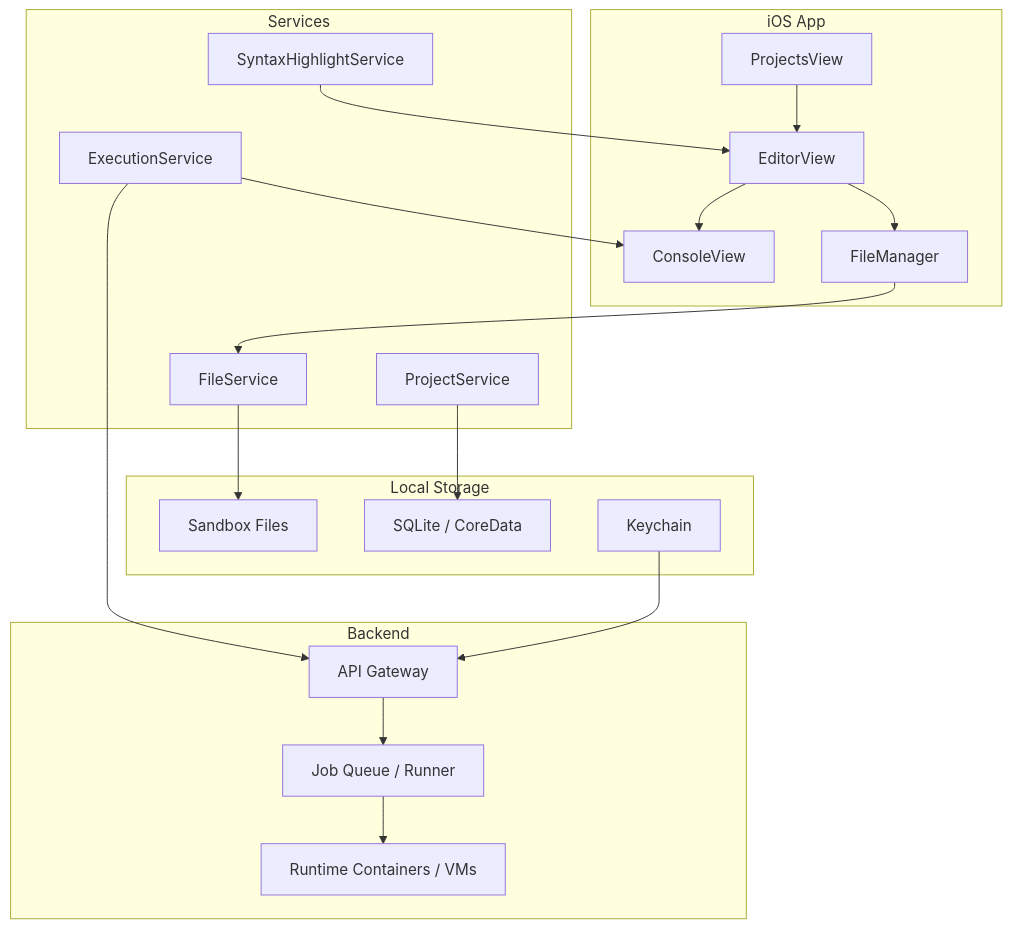
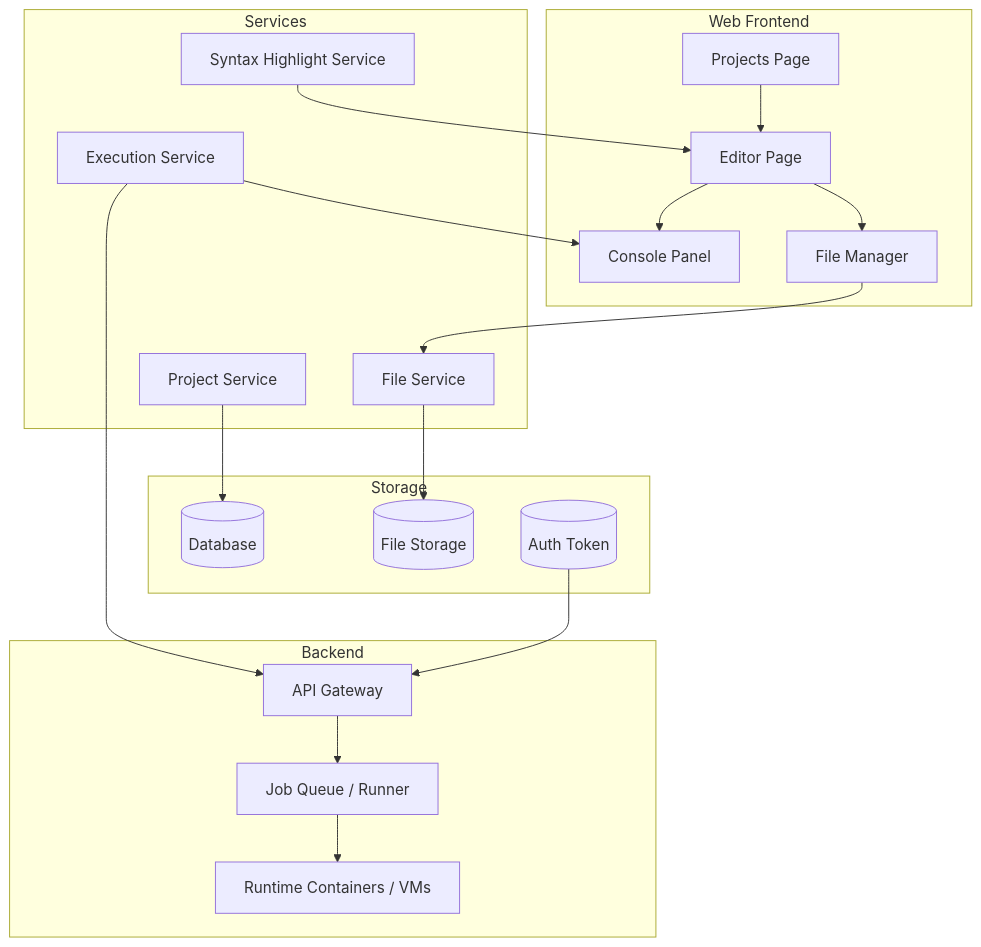
One commit to inoxW/ios-code-space changed the diagram in README.md. Above: the diagram before and after it, drawn with Mermaid. The commit also changed other lines of this file and 1 other file, not shown here.

Commit message:
Reframe project as a web-based coding environment

````diff
--- a/README.md
+++ b/README.md
@@ -26,41 +26,41 @@
 ```mermaid
 flowchart TB
-  subgraph IOS[iOS App]
-    PV[ProjectsView]
-    EV[EditorView]
-    CV[ConsoleView]
-    FM[FileManager]
+  subgraph FE[Web Frontend]
+    PV[Projects Page]
+    EV[Editor Page]
+    CV[Console Panel]
+    FM[File Manager]
   end
 
   subgraph SL[Services]
-    PS[ProjectService]
-    EX[ExecutionService]
-    FS[FileService]
-    SH[SyntaxHighlightService]
+    PS[Project Service]
+    EX[Execution Service]
+    FS[File Service]
+    SH[Syntax Highlight Service]
   end
 
-  subgraph LS[Local Storage]
-    SF[Sandbox Files]
-    SQ[SQLite / CoreData]
-    KT[Keychain]
+  subgraph LS[Storage]
+    DB[(Database)]
+    ST[(File Storage)]
+    TK[(Auth Token)]
   end
 
   subgraph BE[Backend]
     API[API Gateway]
     JQ[Job Queue / Runner]
     RT[Runtime Containers / VMs]
   end
 
   PV --> EV
   EV --> CV
   EV --> FM
   FM --> FS
-  FS --> SF
-  PS --> SQ
+  FS --> ST
+  PS --> DB
   EX --> API
   EX --> CV
   SH --> EV
-  KT --> API
+  TK --> API
   API --> JQ
   JQ --> RT
 ```
````
